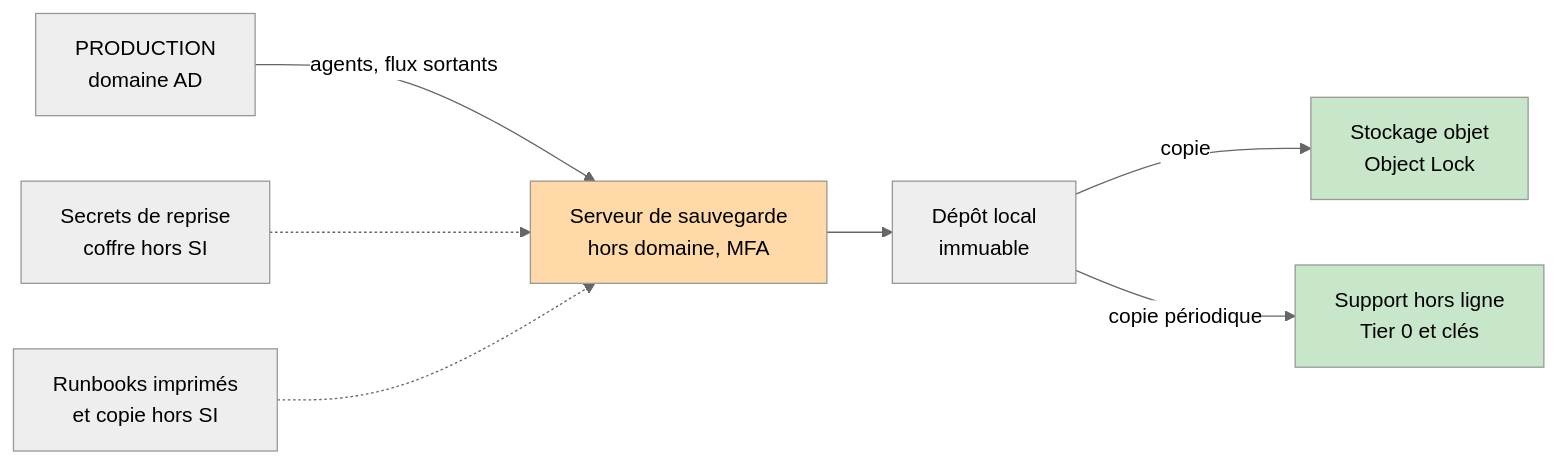
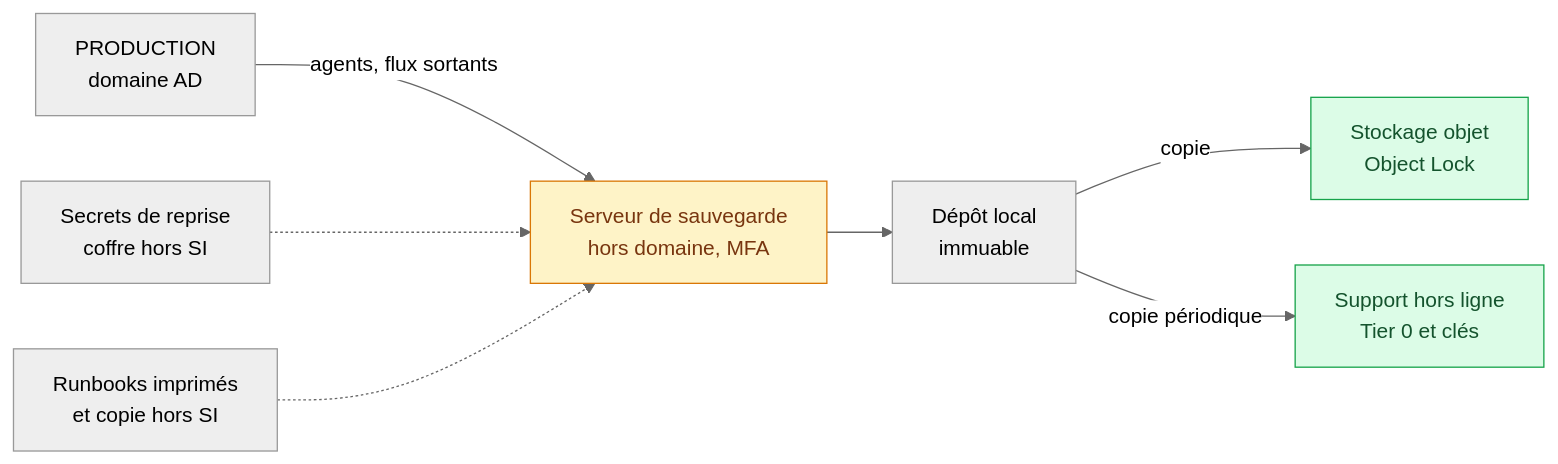
Before and after one commit to Gooseppr/GevOps_LC: the first of 2 diagrams in courses/reseaux-cybersecurite/38_continuite_resilience.md, drawn with Mermaid (neutral theme). The commit also changed other lines of this file and 56 other files, not shown here.

````diff
--- a/courses/reseaux-cybersecurite/38_continuite_resilience.md
+++ b/courses/reseaux-cybersecurite/38_continuite_resilience.md
@@ -201,12 +201,12 @@
 ```mermaid
 flowchart LR
     P["PRODUCTION<br/>domaine AD"] -->|agents, flux sortants| B["Serveur de sauvegarde<br/>hors domaine, MFA"]
     B --> R1["Dépôt local<br/>immuable"]
     R1 -->|copie| R2["Stockage objet<br/>Object Lock"]
     R1 -->|copie périodique| R3["Support hors ligne<br/>Tier 0 et clés"]
     S["Secrets de reprise<br/>coffre hors SI"] -.-> B
     D["Runbooks imprimés<br/>et copie hors SI"] -.-> B
-    style B fill:#ffd9a8
-    style R2 fill:#c8e6c9
-    style R3 fill:#c8e6c9
+    style B fill:#fef3c7,stroke:#d97706,color:#78350f
+    style R2 fill:#dcfce7,stroke:#16a34a,color:#14532d
+    style R3 fill:#dcfce7,stroke:#16a34a,color:#14532d
 ```
````
